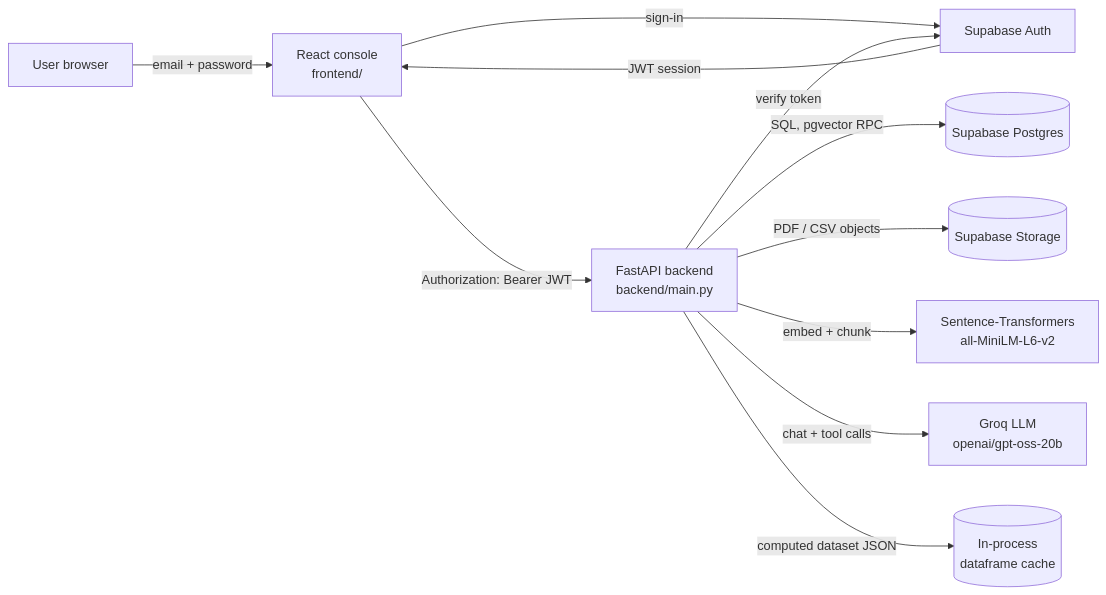
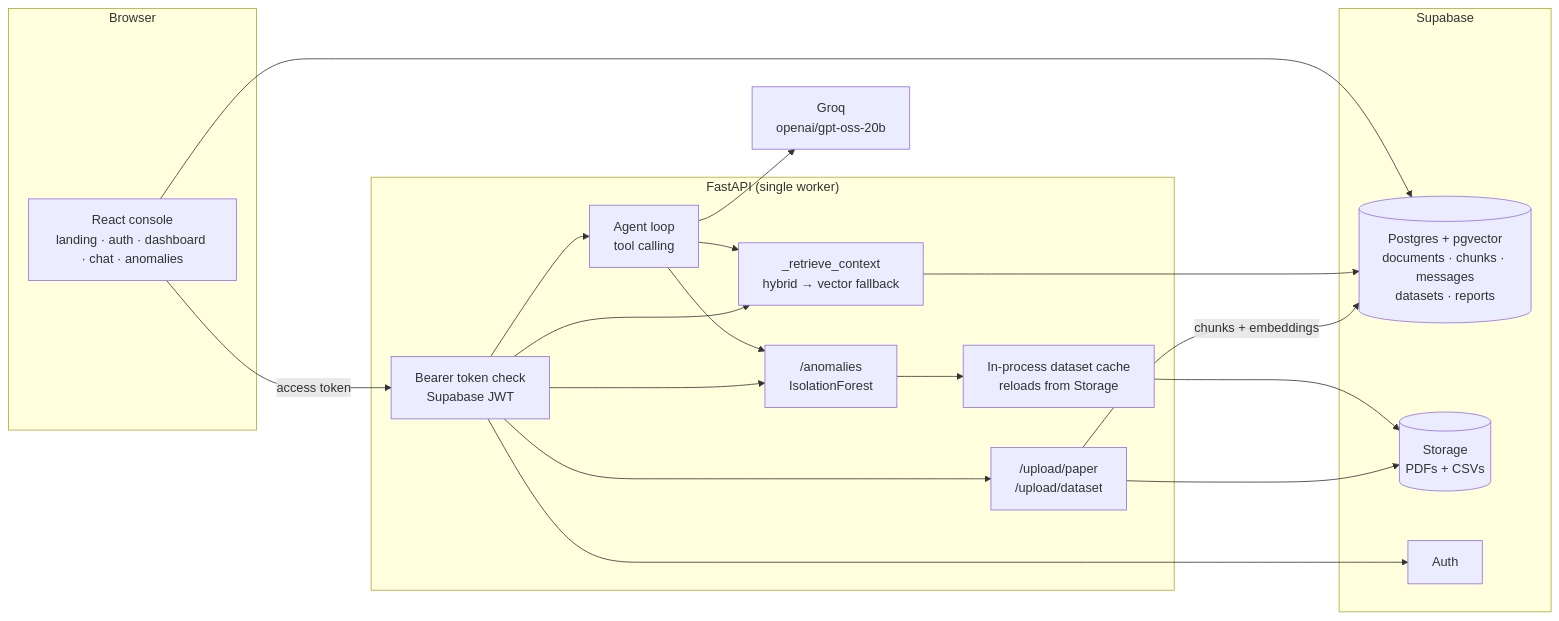
Before and after one commit to kuntalbhadrardx/insightforge: the diagram in README.md, drawn with Mermaid. The commit also changed other lines of this file and 1 other file, not shown here.

First line of the commit message:
Rewrite the README around the cross-check question and rebuild .env.example

````diff
--- a/README.md
+++ b/README.md
@@ -34,13 +54,39 @@
 ```mermaid
 flowchart LR
-    U[User browser] -->|email + password| S[React console<br/>frontend/]
-    S -->|sign-in| GA[Supabase Auth]
-    GA -->|JWT session| S
-    S -->|Authorization: Bearer JWT| API[FastAPI backend<br/>backend/main.py]
-    API -->|verify token| GA
-    API -->|SQL, pgvector RPC| PG[(Supabase Postgres)]
-    API -->|PDF / CSV objects| ST[(Supabase Storage)]
-    API -->|embed + chunk| ML[Sentence-Transformers<br/>all-MiniLM-L6-v2]
-    API -->|chat + tool calls| GQ[Groq LLM<br/>openai/gpt-oss-20b]
-    API -->|computed dataset JSON| MEM[(In-process<br/>dataframe cache)]
+    subgraph Browser
+        UI["React console<br/>landing · auth · dashboard · chat · anomalies"]
+    end
+
+    subgraph API["FastAPI (single worker)"]
+        AUTH["Bearer token check<br/>Supabase JWT"]
+        UP["/upload/paper<br/>/upload/dataset"]
+        RAG["_retrieve_context<br/>hybrid → vector fallback"]
+        AG["Agent loop<br/>tool calling"]
+        AN["/anomalies<br/>IsolationForest"]
+        CACHE["In-process dataset cache<br/>reloads from Storage"]
+    end
+
+    subgraph Supabase
+        PG[("Postgres + pgvector<br/>documents · chunks · messages<br/>datasets · reports")]
+        ST[("Storage<br/>PDFs + CSVs")]
+        AUTHN["Auth"]
+    end
+
+    GROQ["Groq<br/>openai/gpt-oss-20b"]
+
+    UI -->|access token| AUTH
+    AUTH --> AUTHN
+    AUTH --> UP
+    AUTH --> RAG
+    AUTH --> AG
+    AUTH --> AN
+    UP --> ST
+    UP -->|chunks + embeddings| PG
+    RAG --> PG
+    AG --> RAG
+    AG --> AN
+    AG --> GROQ
+    AN --> CACHE
+    CACHE --> ST
+    UI --> PG
 ```
````
